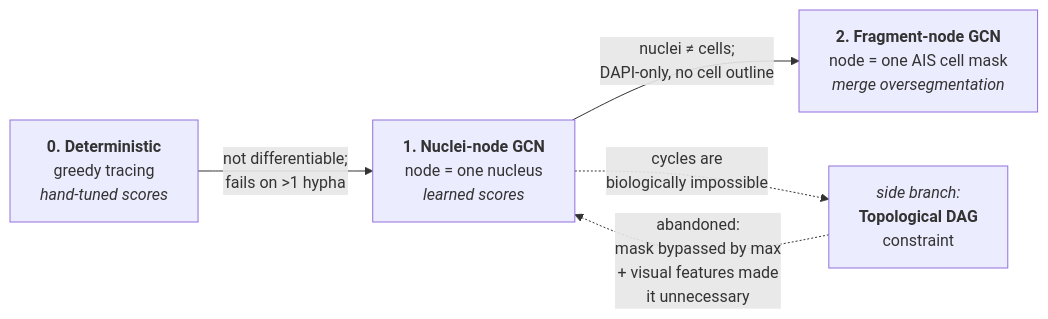
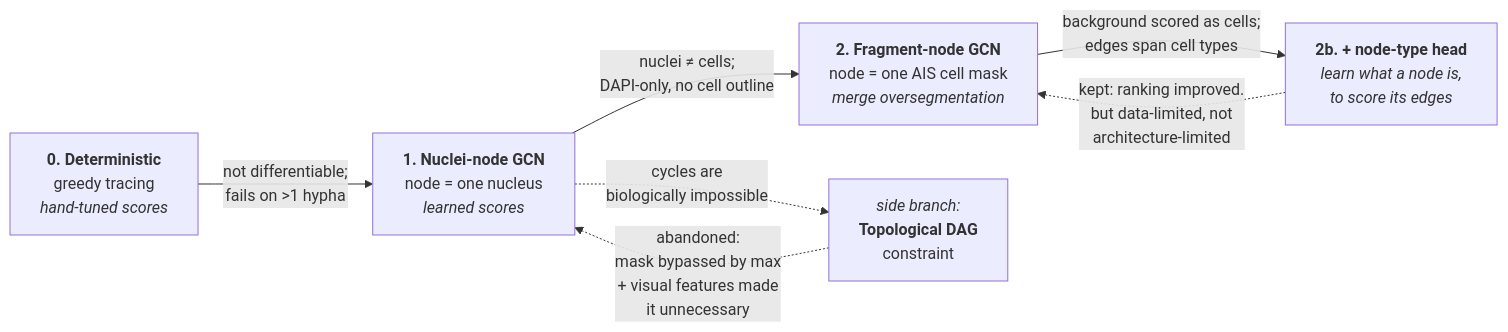
One commit to chuyaowang/c_albicans_project changed the diagram in src/image_processing_tools/scene_graph_network/gnn_documentation/Approach History.md. Above: the diagram before and after it, drawn with Mermaid. The commit also changed other lines of this file, not shown here.

First line of the commit message:
docs(scene_graph_network): close the approach history on the node-type work

````diff
--- a/src/image_processing_tools/scene_graph_network/gnn_documentation/Approach History.md
+++ b/src/image_processing_tools/scene_graph_network/gnn_documentation/Approach History.md
@@ -7,12 +7,15 @@
 ```mermaid
 flowchart LR
     A["<b>0. Deterministic</b><br/>greedy tracing<br/><i>hand-tuned scores</i>"]
     B["<b>1. Nuclei-node GCN</b><br/>node = one nucleus<br/><i>learned scores</i>"]
     C["<b>2. Fragment-node GCN</b><br/>node = one AIS cell mask<br/><i>merge oversegmentation</i>"]
     D["<i>side branch:</i><br/><b>Topological DAG</b><br/>constraint"]
+    E["<b>2b. + node-type head</b><br/><i>learn what a node is,<br/>to score its edges</i>"]
 
     A -->|"not differentiable;<br/>fails on >1 hypha"| B
     B -->|"nuclei ≠ cells;<br/>DAPI-only, no cell outline"| C
     B -.->|"cycles are<br/>biologically impossible"| D
     D -.->|"abandoned:<br/>mask bypassed by max<br/>+ visual features made<br/>it unnecessary"| B
+    C -->|"background scored as cells;<br/>edges span cell types"| E
+    E -.->|"kept: ranking improved.<br/>but data-limited, not<br/>architecture-limited"| C
 ```
````
